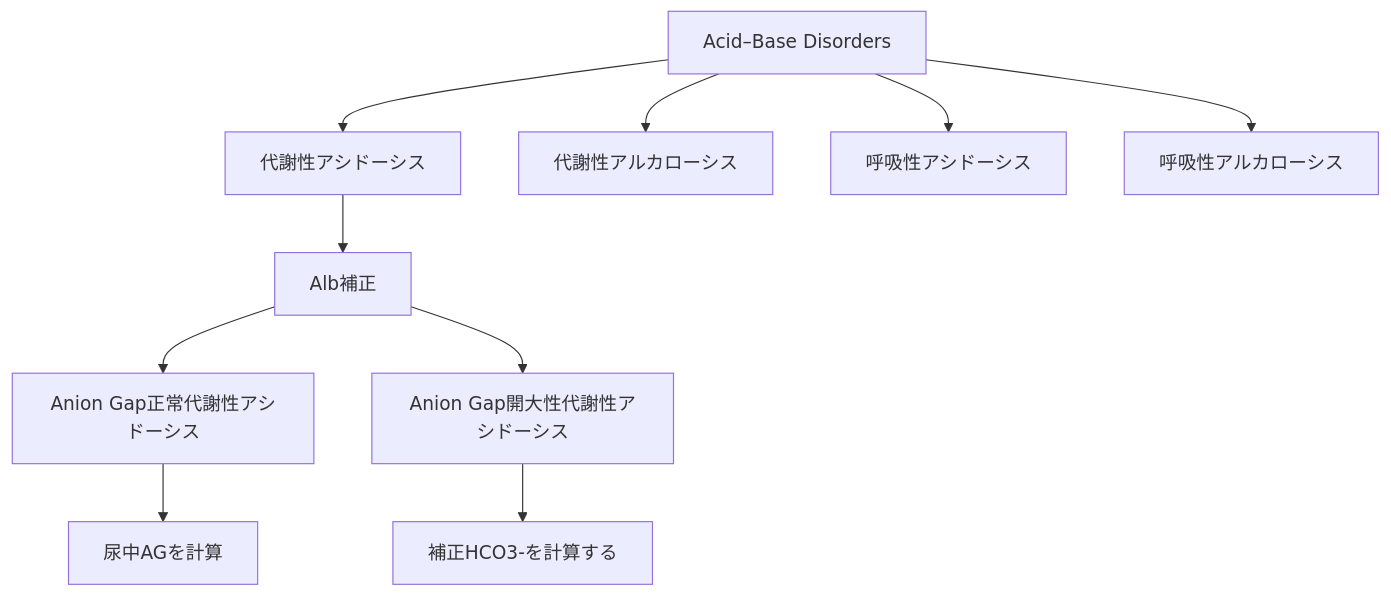
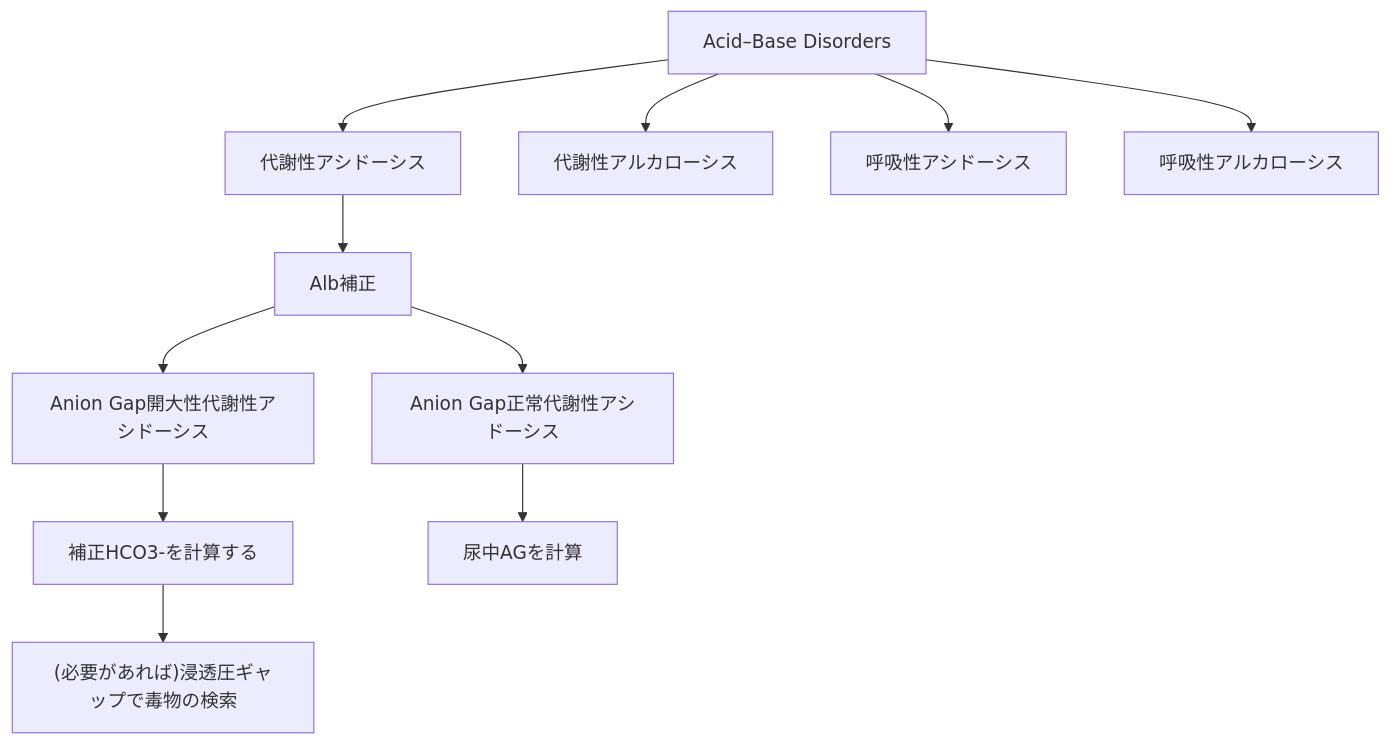
Before and after one commit to figarofuga/personal-slides: the diagram in medicine/blood_gas_analysis_mi/index.qmd, drawn with Mermaid. The commit also changed other lines of this file and 71 other files, not shown here.

````diff
--- a/medicine/blood_gas_analysis_mi/index.qmd
+++ b/medicine/blood_gas_analysis_mi/index.qmd
@@ -87,24 +87,25 @@
 ```{mermaid}
 %%| fig-width: 10
 %%| fig-height: 6
 
 flowchart TD
     ABG["Acid–Base Disorders"]
 
     ABG --> MA["代謝性アシドーシス"]
     ABG --> MK["代謝性アルカローシス"]
     ABG --> RA["呼吸性アシドーシス"]
     ABG --> RK["呼吸性アルカローシス"]
     
     MA --> Albcorrect["Alb補正"]
     Albcorrect --> NAG["Anion Gap正常代謝性アシドーシス"]
     Albcorrect --> AG["Anion Gap開大性代謝性アシドーシス"]
     AG --> HCO3["補正HCO3-を計算する"]
+    HCO3 --> osmgap["(必要があれば)浸透圧ギャップで毒物の検索"]
     NAG --> urineag["尿中AGを計算"]
 
     click AG "#/ag-acidosis"
     click NAG "#/nag-acidosis"
     click MK "#/metabolic-alkalosis"
     click RA "#/respiratory-acidosis"
     click RK "#/respiratory-alkalosis"
 ```
````
